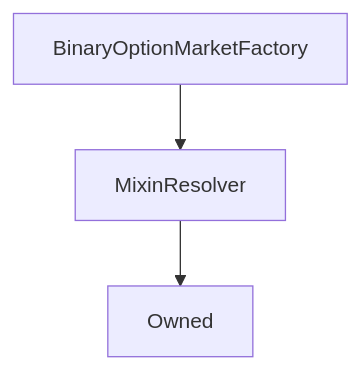
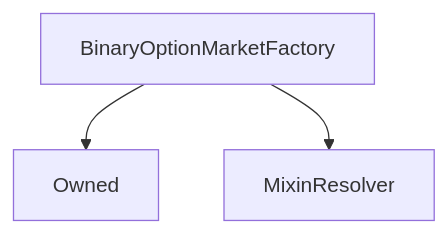
The diagram in content/contracts/source/contracts/BinaryOptionMarketFactory.md (Synthetixio/synthetix-docs), drawn with Mermaid before and after one commit. The commit also changed other lines of this file and 117 other files, not shown here.

````diff
--- a/content/contracts/source/contracts/BinaryOptionMarketFactory.md
+++ b/content/contracts/source/contracts/BinaryOptionMarketFactory.md
@@ -30,6 +30,6 @@
 ```mermaid
 graph TD
+    BinaryOptionMarketFactory[BinaryOptionMarketFactory] --> Owned[Owned]
     BinaryOptionMarketFactory[BinaryOptionMarketFactory] --> MixinResolver[MixinResolver]
-    MixinResolver[MixinResolver] --> Owned[Owned]
 
 ```
````
